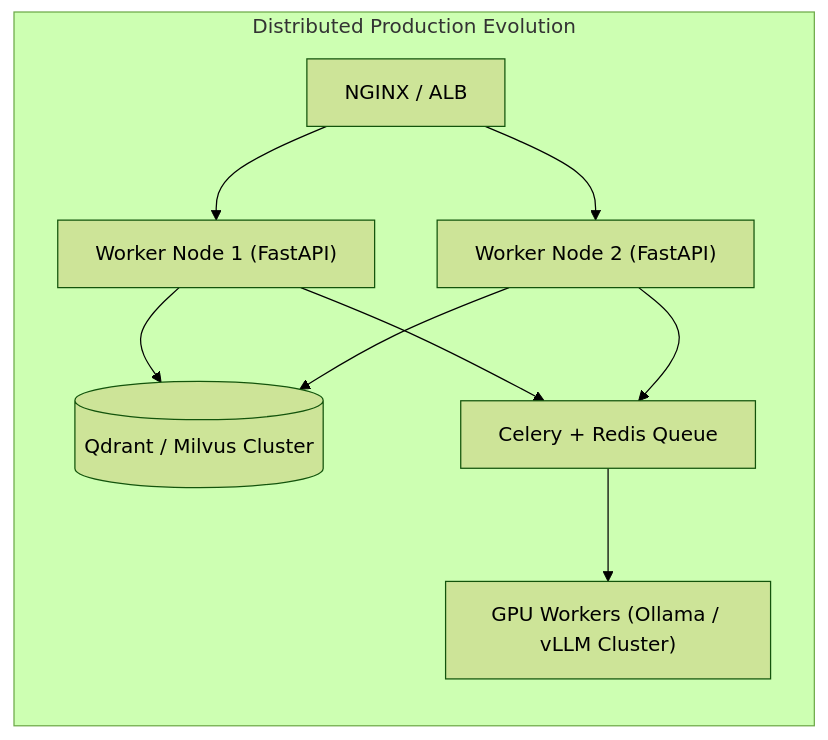
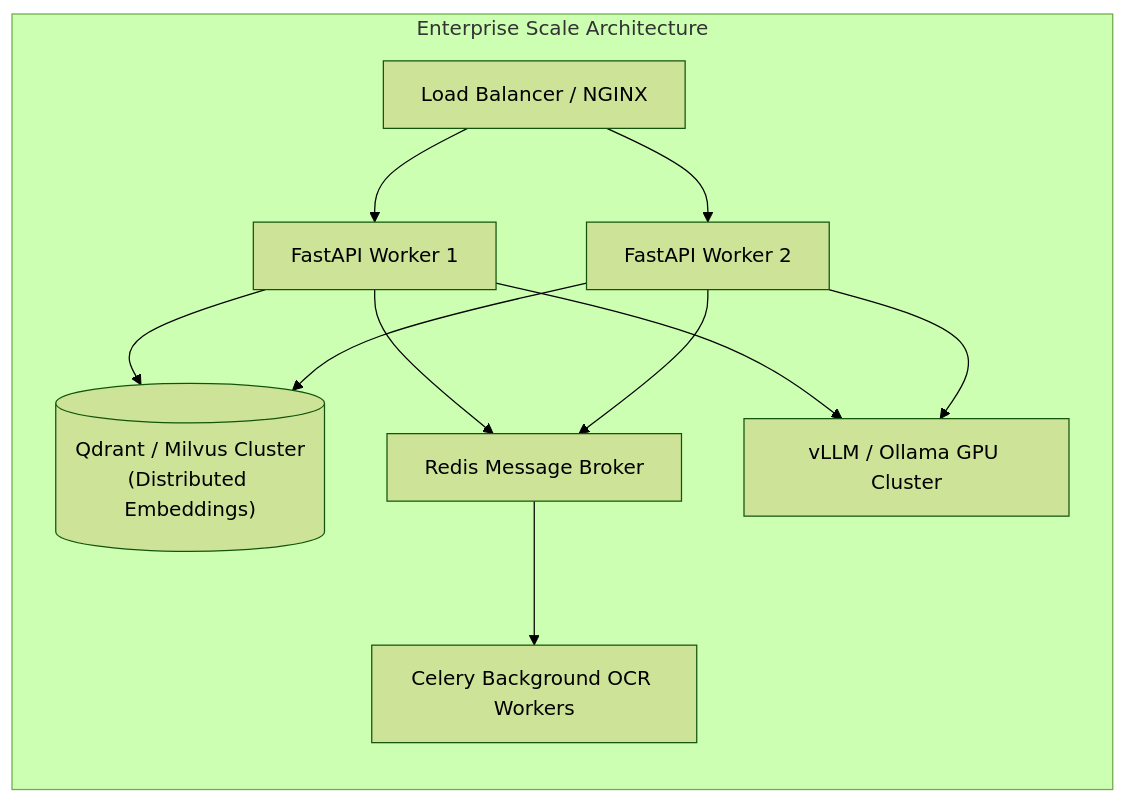
Before and after one commit to yashvvrn/legal-case-matcher-sc: the second of 2 diagrams in ARCHITECTURE.md, drawn with Mermaid (forest theme). The commit also changed other lines of this file, not shown here.

Commit message:
Expand ARCHITECTURE.md with exhaustive feature matrix, component specs, data schemas, and deployment runbooks

````diff
--- a/ARCHITECTURE.md
+++ b/ARCHITECTURE.md
@@ -389,10 +539,11 @@
 ```mermaid
 graph LR
-    subgraph Multi_Worker_Scaling ["Distributed Production Evolution"]
-        LoadBalancer["NGINX / ALB"] --> Worker1["Worker Node 1 (FastAPI)"]
-        LoadBalancer --> Worker2["Worker Node 2 (FastAPI)"]
-        Worker1 & Worker2 --> VectorStore[("Qdrant / Milvus Cluster")]
-        Worker1 & Worker2 --> TaskQueue["Celery + Redis Queue"]
-        TaskQueue --> GPU_Workers["GPU Workers (Ollama / vLLM Cluster)"]
+    subgraph Distributed_Evolution ["Enterprise Scale Architecture"]
+        LB["Load Balancer / NGINX"] --> API1["FastAPI Worker 1"]
+        LB --> API2["FastAPI Worker 2"]
+        API1 & API2 --> VectorCluster[("Qdrant / Milvus Cluster\n(Distributed Embeddings)")]
+        API1 & API2 --> RedisQueue["Redis Message Broker"]
+        RedisQueue --> CeleryWorkers["Celery Background OCR Workers"]
+        API1 & API2 --> LLMPool["vLLM / Ollama GPU Cluster"]
     end
 ```
````
